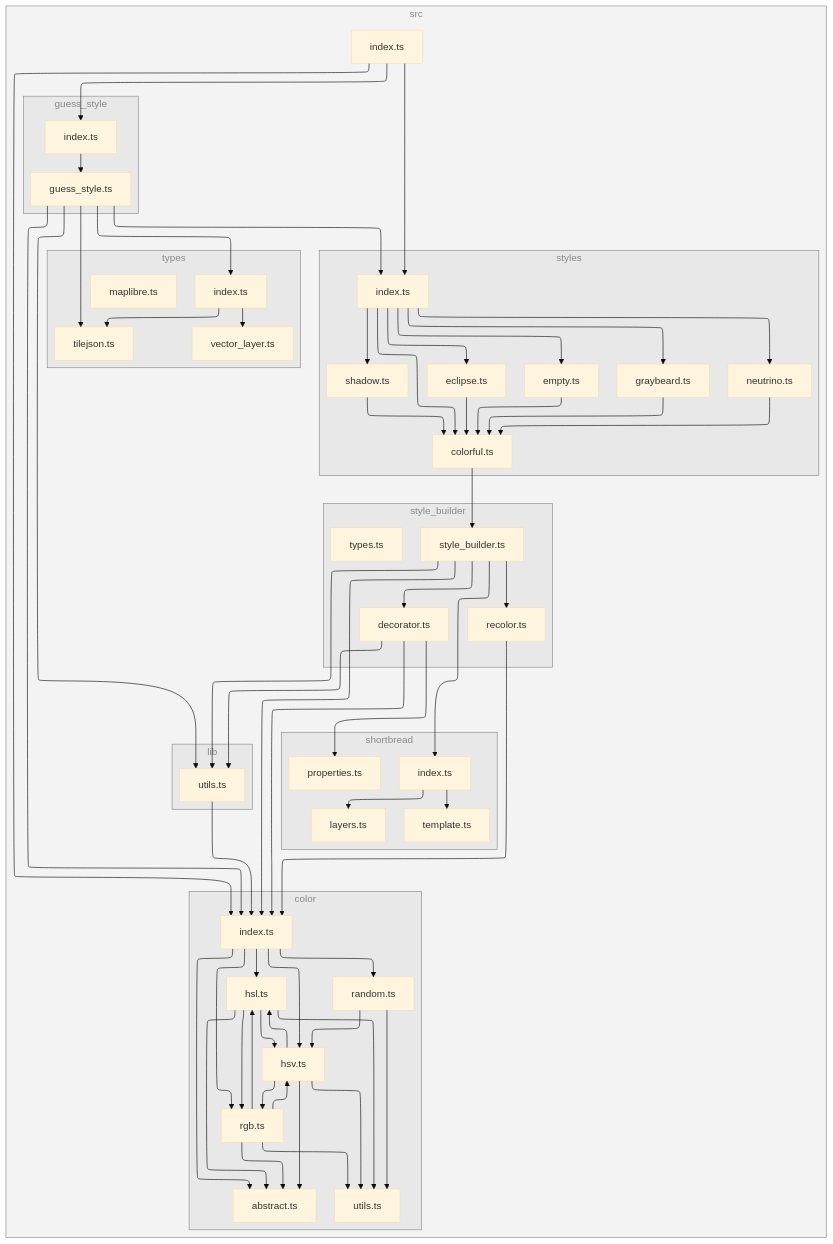
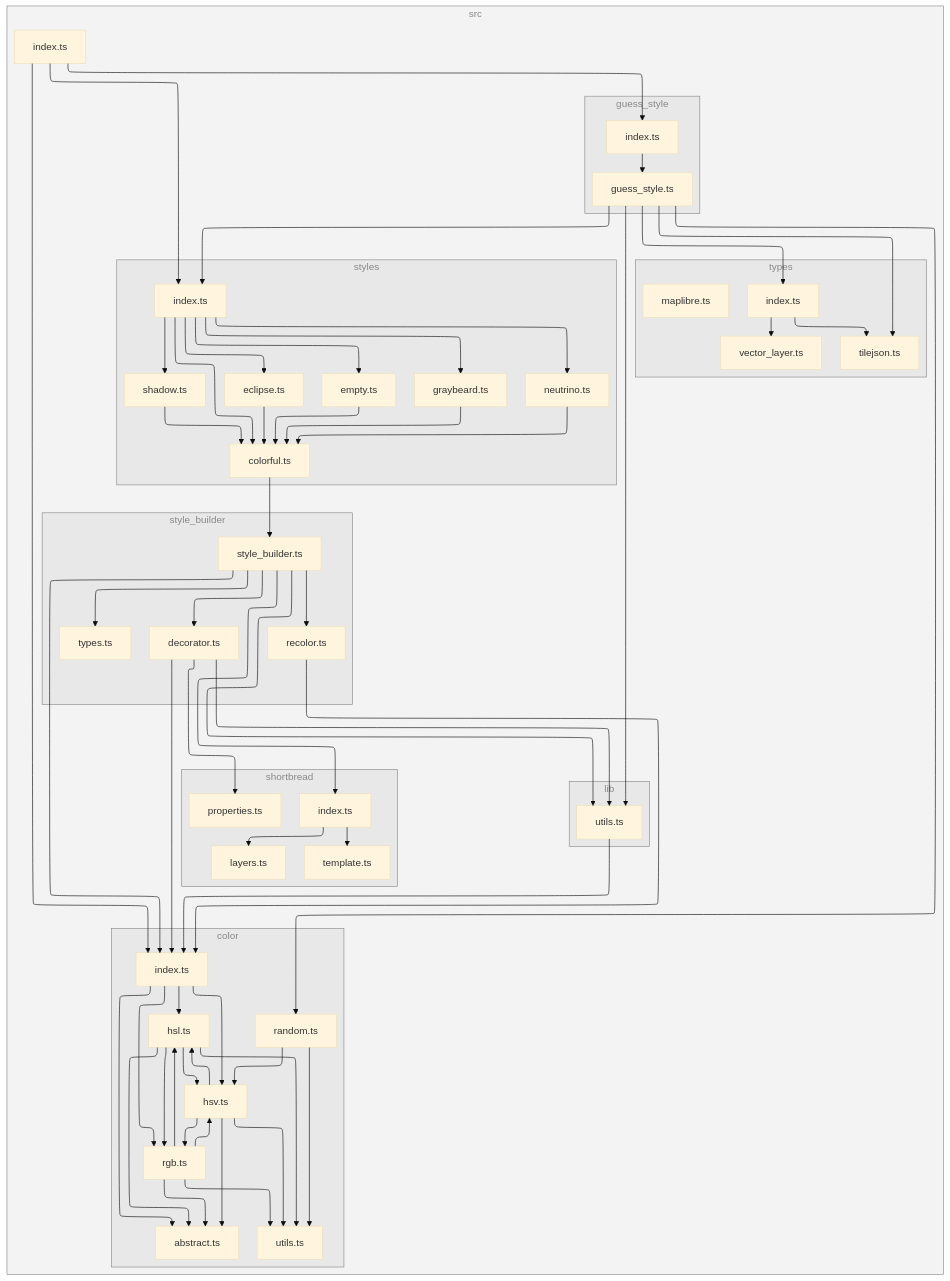
Before and after one commit to versatiles-org/versatiles-style: the diagram in README.MD, drawn with Mermaid (base theme). The commit also changed other lines of this file and 8 other files, not shown here.

````diff
--- a/README.MD
+++ b/README.MD
@@ -159,7 +159,7 @@
 end
 subgraph 9["guess_style"]
 A["guess_style.ts"]
-Y["index.ts"]
+Z["index.ts"]
 end
 subgraph B["lib"]
 C["utils.ts"]
@@ -167,17 +167,17 @@
 subgraph D["styles"]
 E["index.ts"]
 F["colorful.ts"]
-P["eclipse.ts"]
-Q["empty.ts"]
-R["graybeard.ts"]
-S["neutrino.ts"]
-T["shadow.ts"]
+Q["eclipse.ts"]
+R["empty.ts"]
+S["graybeard.ts"]
+T["neutrino.ts"]
+U["shadow.ts"]
 end
 subgraph G["style_builder"]
 H["style_builder.ts"]
 M["decorator.ts"]
 O["recolor.ts"]
-10["types.ts"]
+P["types.ts"]
 end
 subgraph I["shortbread"]
 J["index.ts"]
@@ -185,13 +185,13 @@
 L["template.ts"]
 N["properties.ts"]
 end
-subgraph U["types"]
-V["index.ts"]
-W["tilejson.ts"]
-X["vector_layer.ts"]
+subgraph V["types"]
+W["index.ts"]
+X["tilejson.ts"]
+Y["vector_layer.ts"]
 11["maplibre.ts"]
 end
-Z["index.ts"]
+10["index.ts"]
 end
 3-->2
 3-->4
@@ -208,46 +208,46 @@
 7-->2
 7-->3
 7-->4
-7-->8
 7-->5
 8-->4
 8-->6
-A-->7
+A-->8
 A-->C
 A-->E
-A-->V
 A-->W
+A-->X
 C-->7
 E-->F
-E-->P
 E-->Q
 E-->R
 E-->S
 E-->T
+E-->U
 F-->H
 H-->7
 H-->C
 H-->J
 H-->M
 H-->O
+H-->P
 J-->K
 J-->L
 M-->7
 M-->C
 M-->N
 O-->7
-P-->F
 Q-->F
 R-->F
 S-->F
 T-->F
-V-->W
-V-->X
-Y-->A
-Z-->7
-Z-->Y
-Z-->E
+U-->F
+W-->X
+W-->Y
+Z-->A
+10-->7
+10-->Z
+10-->E
 
-class 0,1,9,B,D,G,I,U subgraphs;
+class 0,1,9,B,D,G,I,V subgraphs;
 classDef subgraphs fill-opacity:0.1, fill:#888, color:#888, stroke:#888;
 ```
````
